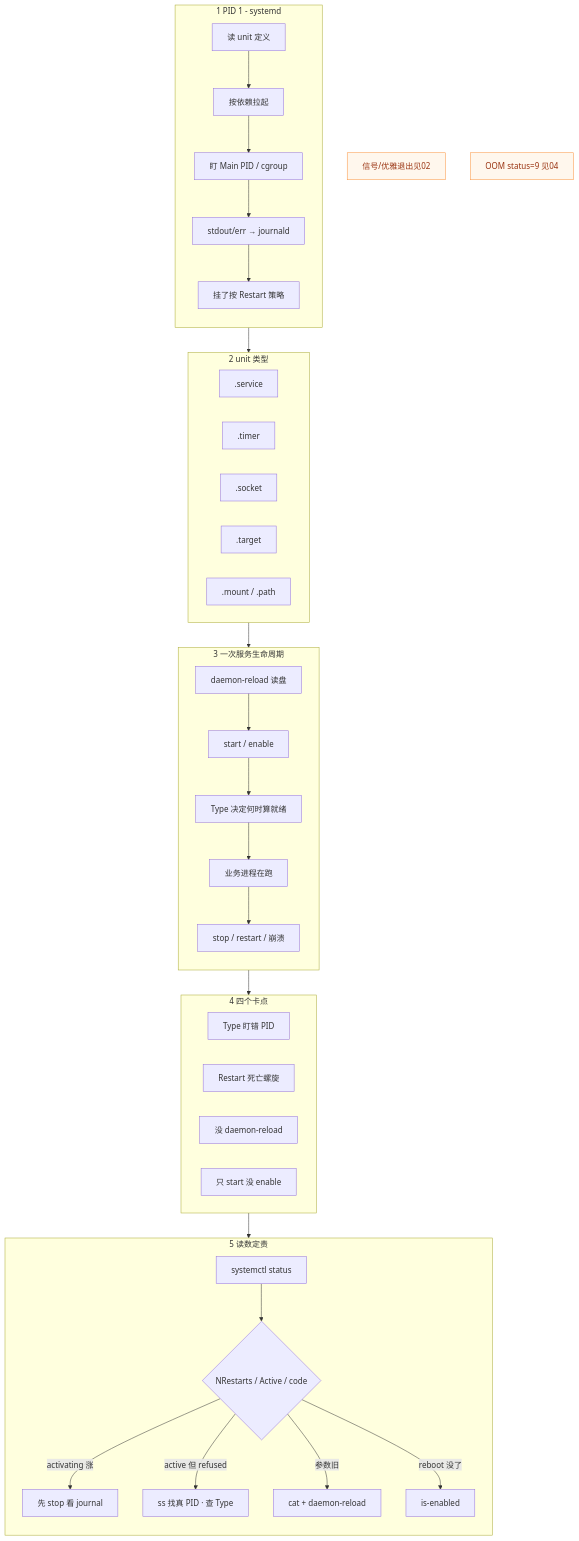
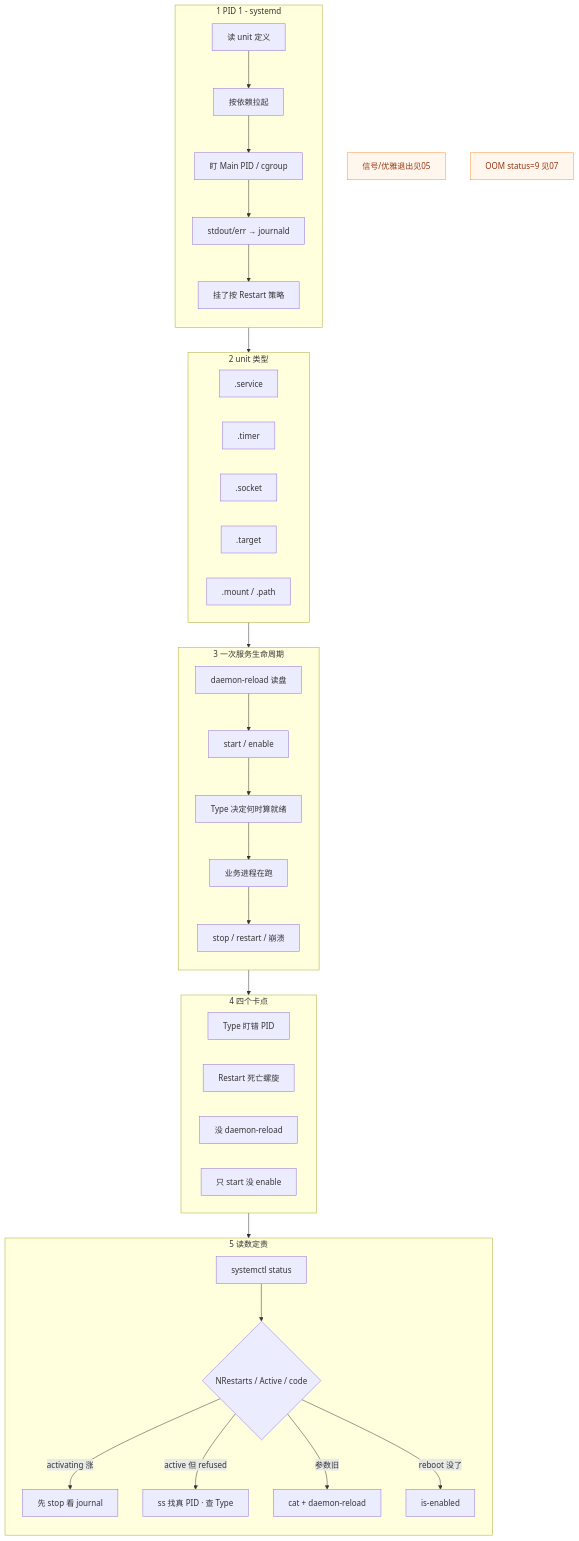
Before and after one commit to ml-cuizijun/LearnToLilith: the first of 8 diagrams in 01-基础底座/11-Systemd与服务管理/知识点.md, drawn with Mermaid. The commit also changed other lines of this file and 56 other files, not shown here.

````diff
--- a/01-基础底座/11-Systemd与服务管理/知识点.md
+++ b/01-基础底座/11-Systemd与服务管理/知识点.md
@@ -53,58 +53,58 @@
 ```mermaid
 flowchart TB
     classDef pid fill:#1D4ED8,stroke:#1E3A8A,color:#fff
     classDef unit fill:#7C3AED,stroke:#5B21B6,color:#fff
     classDef proc fill:#047857,stroke:#065F46,color:#fff
     classDef danger fill:#C2410C,stroke:#9A3412,color:#fff
     classDef note fill:#FFF7ED,stroke:#FB923C,color:#9A3412
 
     subgraph PID1["1 PID 1 - systemd"]
         direction TB
         S1["读 unit 定义"] --> S2["按依赖拉起"]
         S2 --> S3["盯 Main PID / cgroup"]
         S3 --> S4["stdout/err → journald"]
         S4 --> S5["挂了按 Restart 策略"]
     end
 
     subgraph UNITS["2 unit 类型"]
         direction LR
         U1[".service"]
         U2[".timer"]
         U3[".socket"]
         U4[".target"]
         U5[".mount / .path"]
     end
 
     subgraph LIFE["3 一次服务生命周期"]
         direction TB
         L1["daemon-reload 读盘"] --> L2["start / enable"]
         L2 --> L3["Type 决定何时算就绪"]
         L3 --> L4["业务进程在跑"]
         L4 --> L5["stop / restart / 崩溃"]
     end
 
     subgraph TRAP["4 四个卡点"]
         direction LR
         T1["Type 盯错 PID"]
         T2["Restart 死亡螺旋"]
         T3["没 daemon-reload"]
         T4["只 start 没 enable"]
     end
 
     subgraph READ["5 读数定责"]
         direction TB
         R1["systemctl status"] --> R2{"NRestarts / Active / code"}
         R2 -->|activating 涨| R3["先 stop 看 journal"]
         R2 -->|active 但 refused| R4["ss 找真 PID · 查 Type"]
         R2 -->|参数旧| R5["cat + daemon-reload"]
         R2 -->|reboot 没了| R6["is-enabled"]
     end
 
     PID1 --> UNITS
     UNITS --> LIFE
     LIFE --> TRAP
     TRAP --> READ
 
-    N1["信号/优雅退出见02"]:::note
-    N2["OOM status=9 见04"]:::note
+    N1["信号/优雅退出见05"]:::note
+    N2["OOM status=9 见07"]:::note
 ```
````
